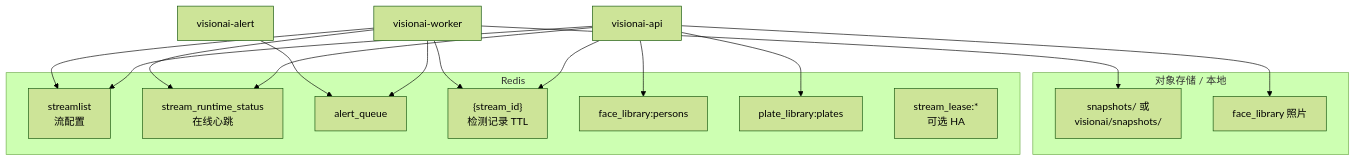
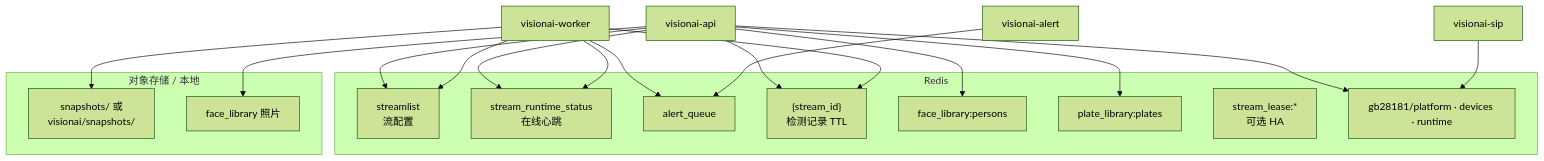
Before and after one commit to jiaxu-wang/JXVisionAI: the fifth of 5 diagrams in docs/architecture.md, drawn with Mermaid (forest theme). The commit also changed other lines of this file and 11 other files, not shown here.

````diff
--- a/docs/architecture.md
+++ b/docs/architecture.md
@@ -264,28 +270,31 @@
 ```mermaid
 flowchart TB
   subgraph redis [Redis]
     SL["streamlist<br/>流配置"]
     ST["stream_runtime_status<br/>在线心跳"]
     AQ["alert_queue"]
     DET["{stream_id}<br/>检测记录 TTL"]
     FACE["face_library:persons"]
     PLATE["plate_library:plates"]
     LEASE["stream_lease:*<br/>可选 HA"]
+    GB["gb28181/platform · devices · runtime"]
   end
   subgraph objects [对象存储 / 本地]
     Snap["snapshots/ 或<br/>visionai/snapshots/"]
     FacePic["face_library 照片"]
   end
   API[visionai-api] --> SL
   API --> ST
   API --> DET
   API --> FACE
   API --> PLATE
+  API --> GB
+  SIP[visionai-sip] --> GB
   W[visionai-worker] --> SL
   W --> ST
   W --> AQ
   W --> DET
   W --> Snap
   AW[visionai-alert] --> AQ
   API --> FacePic
 ```
````
